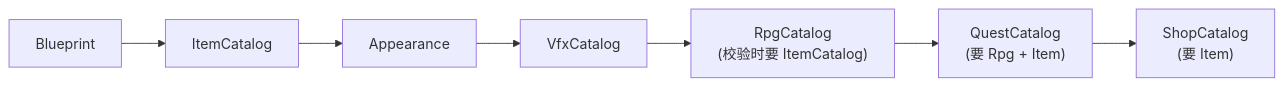
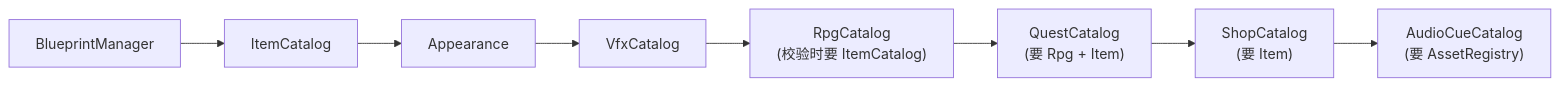
The fifth of 5 diagrams in lecture_plans/lectures/09-数据目录与RPG-Catalog.md (WispSnow/TinyFarmRPG), drawn with Mermaid before and after one commit. The commit also changed other lines of this file and 20 other files, not shown here.

````diff
--- a/lecture_plans/lectures/09-数据目录与RPG-Catalog.md
+++ b/lecture_plans/lectures/09-数据目录与RPG-Catalog.md
@@ -273,9 +299,10 @@
 ```mermaid
 flowchart LR
-    BP["Blueprint"] --> ITEM["ItemCatalog"]
+    BP["BlueprintManager"] --> ITEM["ItemCatalog"]
     ITEM --> APP["Appearance"]
     APP --> VFX["VfxCatalog"]
     VFX --> RPG["RpgCatalog<br/>(校验时要 ItemCatalog)"]
     RPG --> QUEST["QuestCatalog<br/>(要 Rpg + Item)"]
     QUEST --> SHOP["ShopCatalog<br/>(要 Item)"]
+    SHOP --> AUDIO["AudioCueCatalog<br/>(要 AssetRegistry)"]
 ```
````
